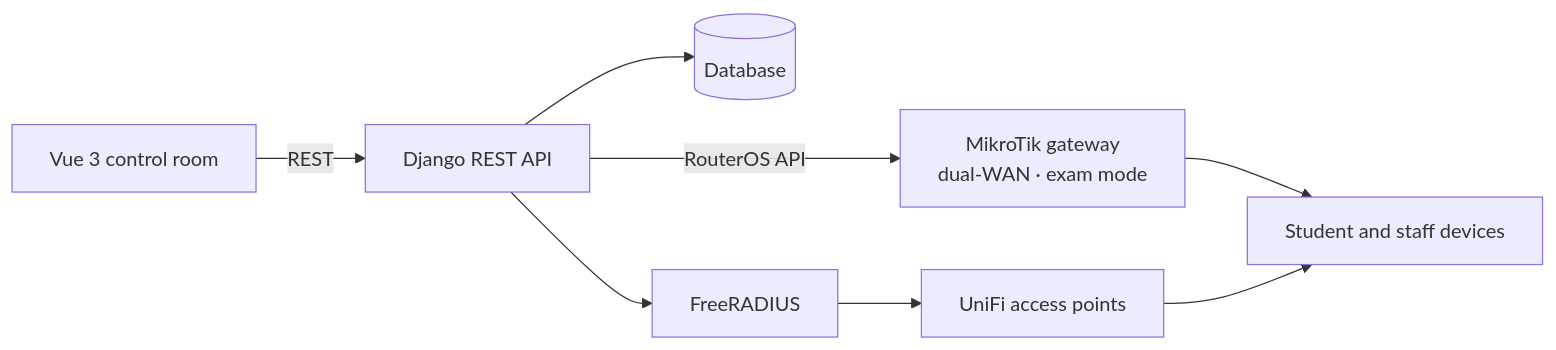
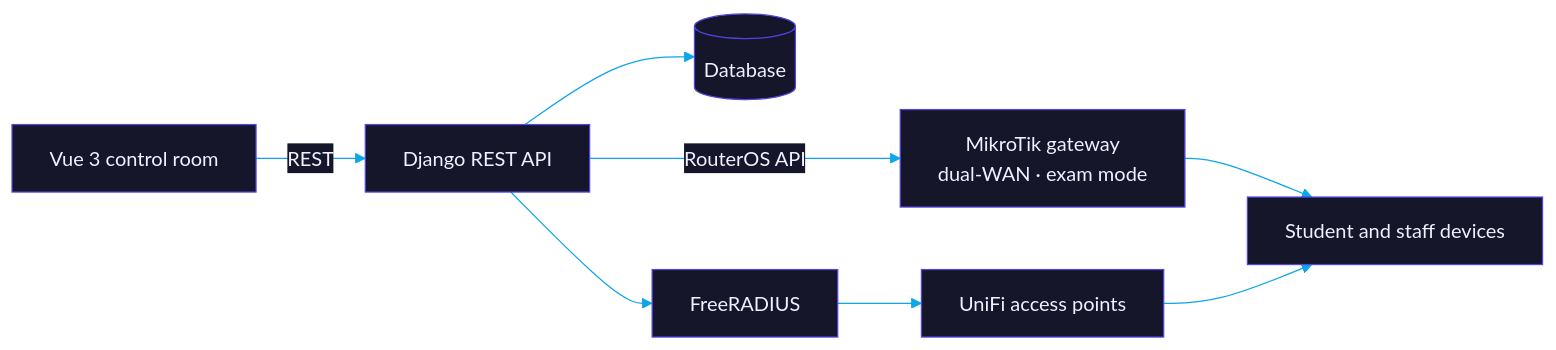
The diagram in README.md (flowser/networkmate-showcase), drawn with Mermaid before and after one commit. The commit also changed other lines of this file and 3 other files, not shown here.

Commit message:
Apply Savvytex Pro theme: hero banner, dividers, palette diagram

````diff
--- a/README.md
+++ b/README.md
@@ -47,10 +50,11 @@
 ```mermaid
+%%{init: {'theme':'base','themeVariables':{'primaryColor':'#16162a','primaryTextColor':'#f0f0ff','primaryBorderColor':'#4f46e5','lineColor':'#0ea5e9','secondaryColor':'#0d0d1a','tertiaryColor':'#12121f','clusterBkg':'#0d0d1a','clusterBorder':'#4f46e5','titleColor':'#0ea5e9','edgeLabelBackground':'#16162a'}}}%%
 flowchart LR
   UI["Vue 3 control room"] -->|REST| API["Django REST API"]
   API --> DB[("Database")]
   API -->|RouterOS API| GW["MikroTik gateway<br/>dual-WAN · exam mode"]
   API --> RAD["FreeRADIUS"]
   RAD --> AP["UniFi access points"]
   GW --> DEV["Student and staff devices"]
   AP --> DEV
 ```
````
